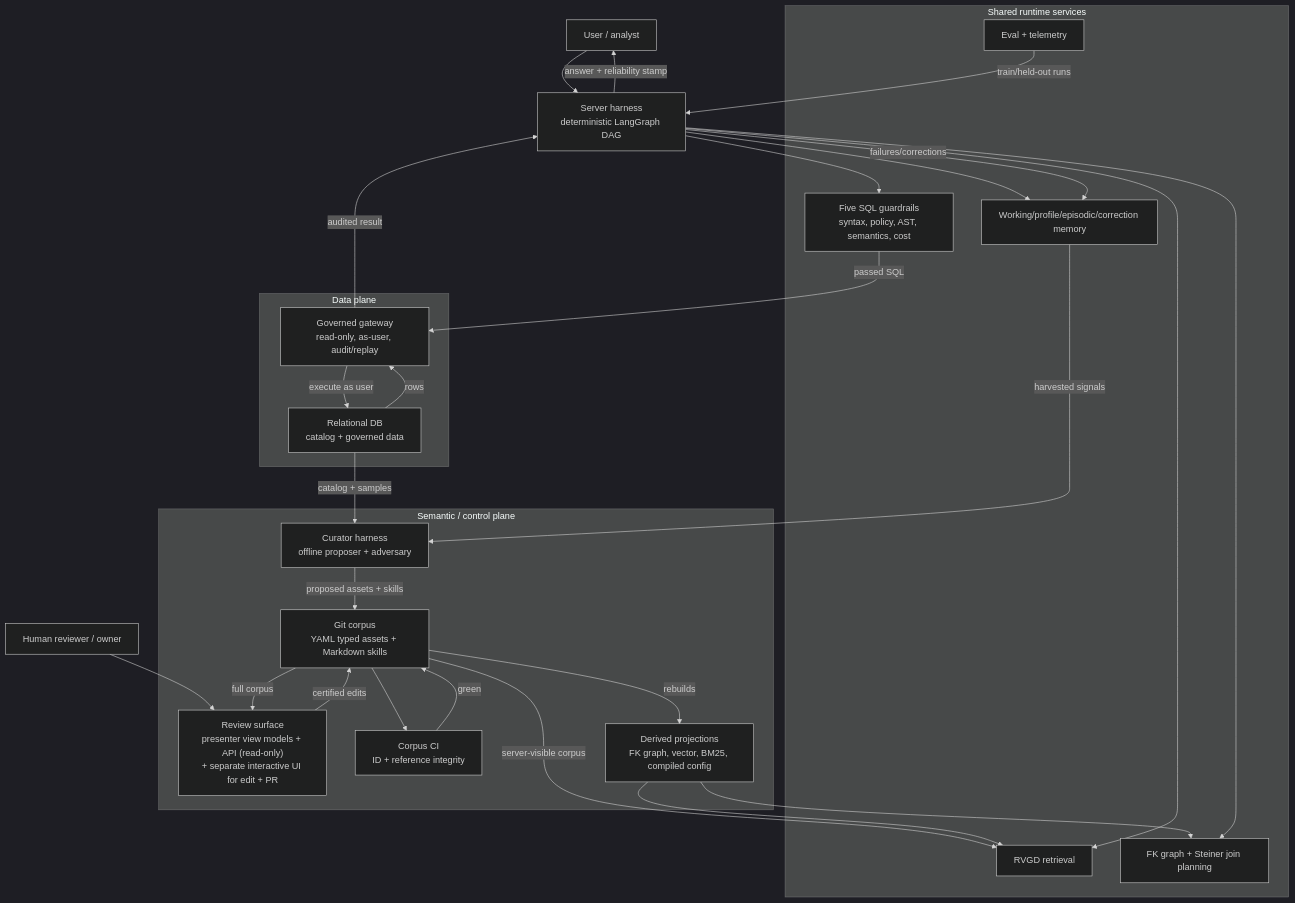
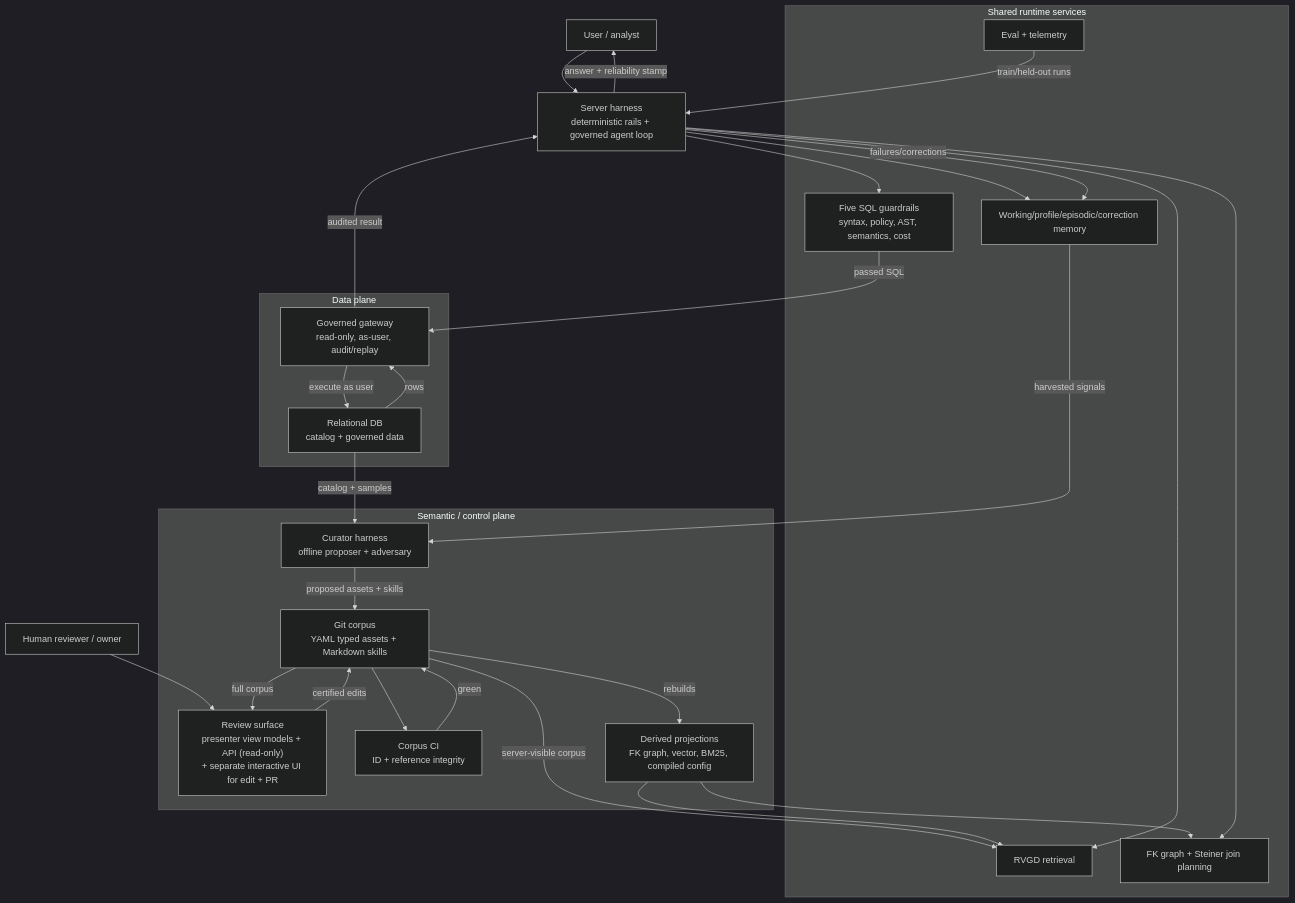
One commit to Minhao-Zhang/governed-bi changed the second of 4 diagrams in docs/diagrams/overview.md. Above: the diagram before and after it, drawn with Mermaid (dark theme). The commit also changed other lines of this file and 25 other files, not shown here.

````diff
--- a/docs/diagrams/overview.md
+++ b/docs/diagrams/overview.md
@@ -47,50 +47,50 @@
 ```mermaid
 flowchart TB
-    Analyst["User / analyst"] --> Server["Server harness<br/>deterministic LangGraph DAG"]
+    Analyst["User / analyst"] --> Server["Server harness<br/>deterministic rails + governed agent loop"]
     Reviewer["Human reviewer / owner"] --> Viz["Review surface<br/>presenter view models + API (read-only)<br/>+ separate interactive UI for edit + PR"]
 
     subgraph ControlPlane["Semantic / control plane"]
         Curator["Curator harness<br/>offline proposer + adversary"]
         GitCorpus["Git corpus<br/>YAML typed assets + Markdown skills"]
         CorpusCI["Corpus CI<br/>ID + reference integrity"]
         Projections["Derived projections<br/>FK graph, vector, BM25, compiled config"]
         Viz
     end
 
     subgraph DataPlane["Data plane"]
         Gateway["Governed gateway<br/>read-only, as-user, audit/replay"]
         Database["Relational DB<br/>catalog + governed data"]
     end
 
     subgraph SharedServices["Shared runtime services"]
         Retrieval["RVGD retrieval"]
         GraphPlan["FK graph + Steiner join planning"]
         Memory["Working/profile/episodic/correction memory"]
         EvalTelemetry["Eval + telemetry"]
         Guardrails["Five SQL guardrails<br/>syntax, policy, AST, semantics, cost"]
     end
 
     Database -- catalog + samples --> Curator
     Curator -- proposed assets + skills --> GitCorpus
     GitCorpus --> CorpusCI
     CorpusCI -- green --> GitCorpus
     GitCorpus -- rebuilds --> Projections
     GitCorpus -- full corpus --> Viz
     Viz -- certified edits --> GitCorpus
 
     GitCorpus -- server-visible corpus --> Retrieval
     Projections --> Retrieval
     Projections --> GraphPlan
     Server --> Retrieval
     Server --> GraphPlan
     Server --> Memory
     Server --> Guardrails
     Guardrails -- passed SQL --> Gateway
     Gateway -- execute as user --> Database
     Database -- rows --> Gateway
     Gateway -- audited result --> Server
     Server -- answer + reliability stamp --> Analyst
     Server -- failures/corrections --> Memory
     Memory -- harvested signals --> Curator
     EvalTelemetry -- train/held-out runs --> Server
 ```
````
